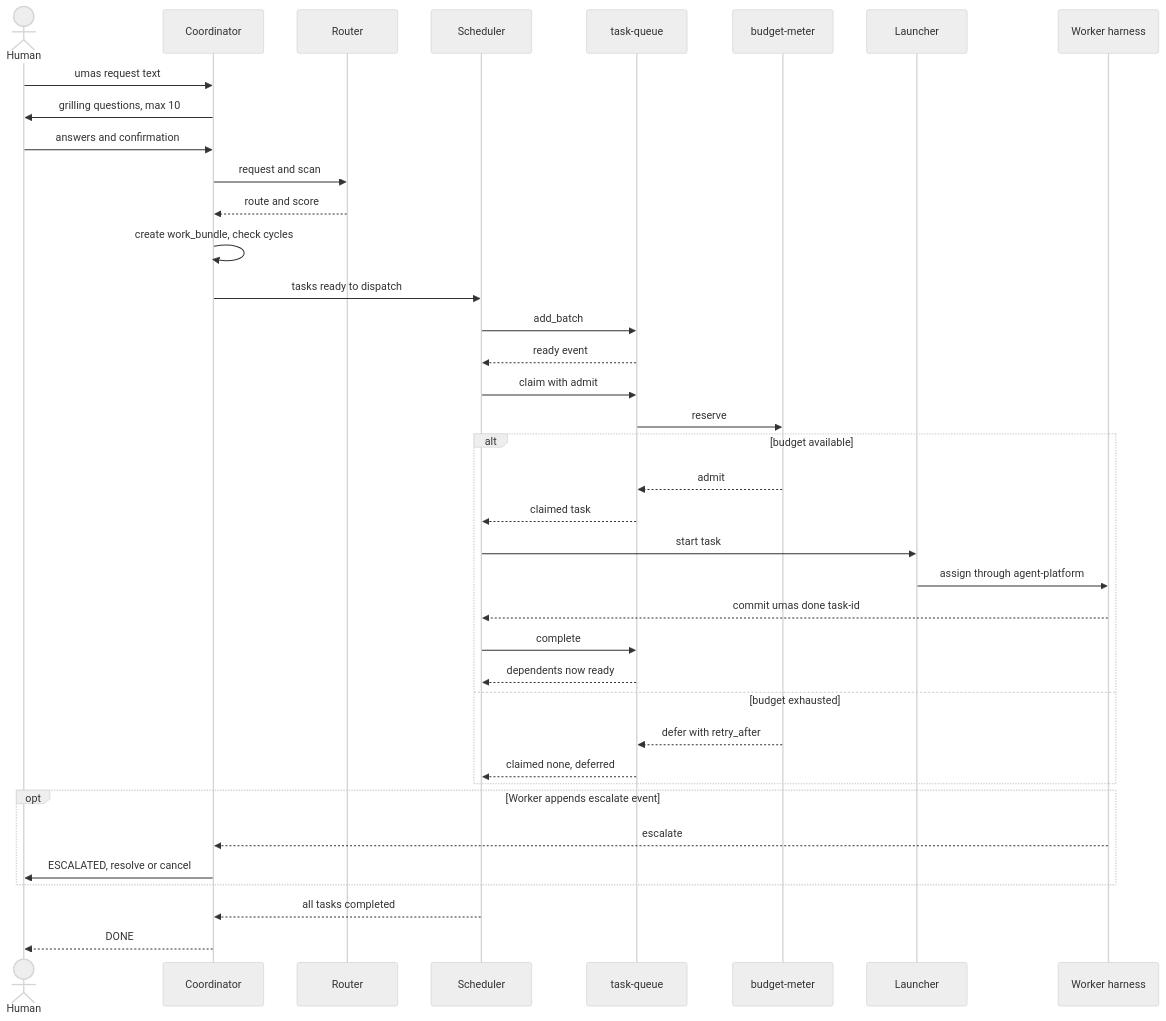
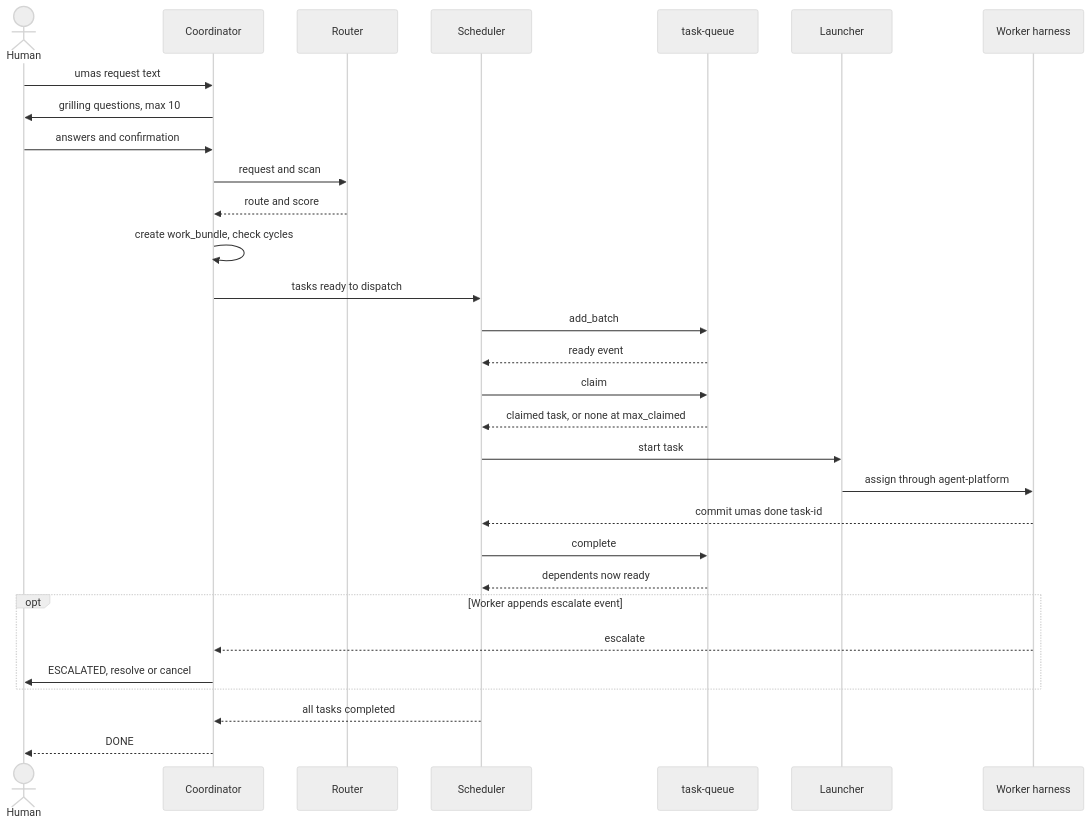
One commit to plaktoz/agentzero-v2-dev changed the diagram in umas/modules/orchestration/orchestration-spec.md. Above: the diagram before and after it, drawn with Mermaid (neutral theme). The commit also changed other lines of this file and 36 other files, not shown here.

````diff
--- a/umas/modules/orchestration/orchestration-spec.md
+++ b/umas/modules/orchestration/orchestration-spec.md
@@ -158,41 +158,33 @@
 ```mermaid
 sequenceDiagram
     actor H as Human
     participant C as Coordinator
     participant R as Router
     participant S as Scheduler
     participant Q as task-queue
-    participant B as budget-meter
     participant L as Launcher
     participant W as Worker harness
 
     H->>C: umas request text
     C->>H: grilling questions, max 10
     H->>C: answers and confirmation
     C->>R: request and scan
     R-->>C: route and score
     C->>C: create work_bundle, check cycles
     C->>S: tasks ready to dispatch
     S->>Q: add_batch
     Q-->>S: ready event
-    S->>Q: claim with admit
-    Q->>B: reserve
-    alt budget available
-        B-->>Q: admit
-        Q-->>S: claimed task
-        S->>L: start task
-        L->>W: assign through agent-platform
-        W-->>S: commit umas done task-id
-        S->>Q: complete
-        Q-->>S: dependents now ready
-    else budget exhausted
-        B-->>Q: defer with retry_after
-        Q-->>S: claimed none, deferred
-    end
+    S->>Q: claim
+    Q-->>S: claimed task, or none at max_claimed
+    S->>L: start task
+    L->>W: assign through agent-platform
+    W-->>S: commit umas done task-id
+    S->>Q: complete
+    Q-->>S: dependents now ready
     opt Worker appends escalate event
         W-->>C: escalate
         C->>H: ESCALATED, resolve or cancel
     end
     S-->>C: all tasks completed
     C-->>H: DONE
 ```
````
